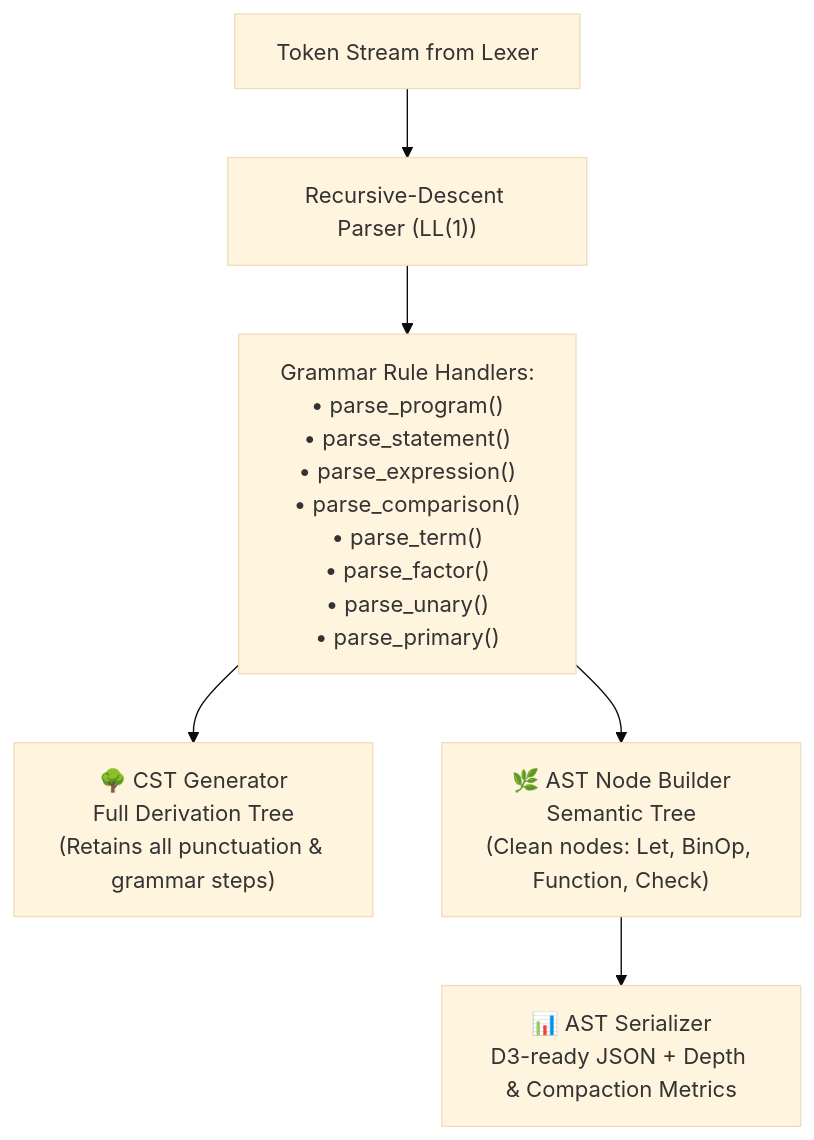
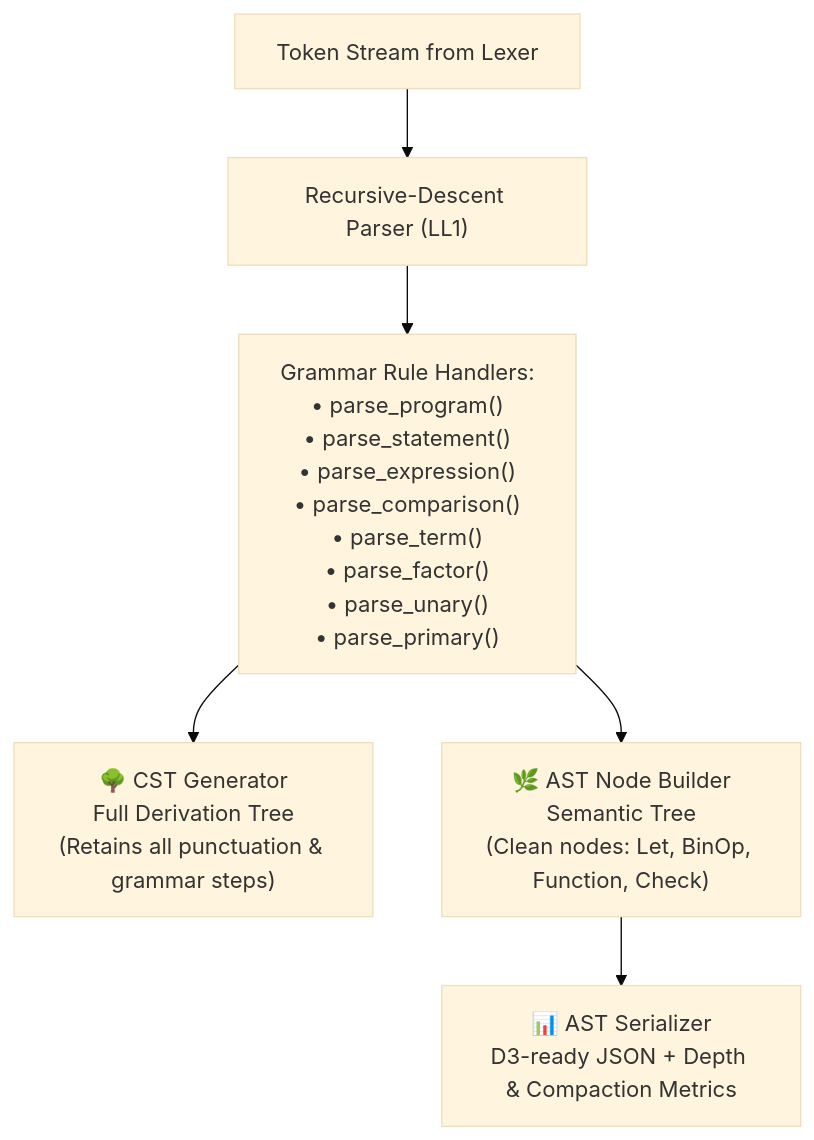
The third of 6 diagrams in ARCHITECTURE.md (Humble-Librarian/CHUD), drawn with Mermaid (base theme) before and after one commit. The commit also changed other lines of this file, not shown here.

Commit message:
fix(docs): resolve GitHub Mermaid diagram edge and label parsing errors

````diff
--- a/ARCHITECTURE.md
+++ b/ARCHITECTURE.md
@@ -78,11 +78,11 @@
 ```mermaid
 flowchart TD
-    Tokens["Token Stream from Lexer"] --> Parser["Recursive-Descent Parser (LL(1))"]
+    Tokens["Token Stream from Lexer"] --> Parser["Recursive-Descent Parser (LL1)"]
     
-    Parser --> GrammarRules["Grammar Rule Handlers:\n• parse_program()\n• parse_statement()\n• parse_expression()\n• parse_comparison()\n• parse_term()\n• parse_factor()\n• parse_unary()\n• parse_primary()"]
+    Parser --> GrammarRules["Grammar Rule Handlers:<br>• parse_program()<br>• parse_statement()<br>• parse_expression()<br>• parse_comparison()<br>• parse_term()<br>• parse_factor()<br>• parse_unary()<br>• parse_primary()"]
     
-    GrammarRules --> CST["🌳 CST Generator\nFull Derivation Tree\n(Retains all punctuation & grammar steps)"]
-    GrammarRules --> AST["🌿 AST Node Builder\nSemantic Tree\n(Clean nodes: Let, BinOp, Function, Check)"]
+    GrammarRules --> CST["🌳 CST Generator<br>Full Derivation Tree<br>(Retains all punctuation & grammar steps)"]
+    GrammarRules --> AST["🌿 AST Node Builder<br>Semantic Tree<br>(Clean nodes: Let, BinOp, Function, Check)"]
     
-    AST --> Serializer["📊 AST Serializer\nD3-ready JSON + Depth & Compaction Metrics"]
+    AST --> Serializer["📊 AST Serializer<br>D3-ready JSON + Depth & Compaction Metrics"]
 ```
````
